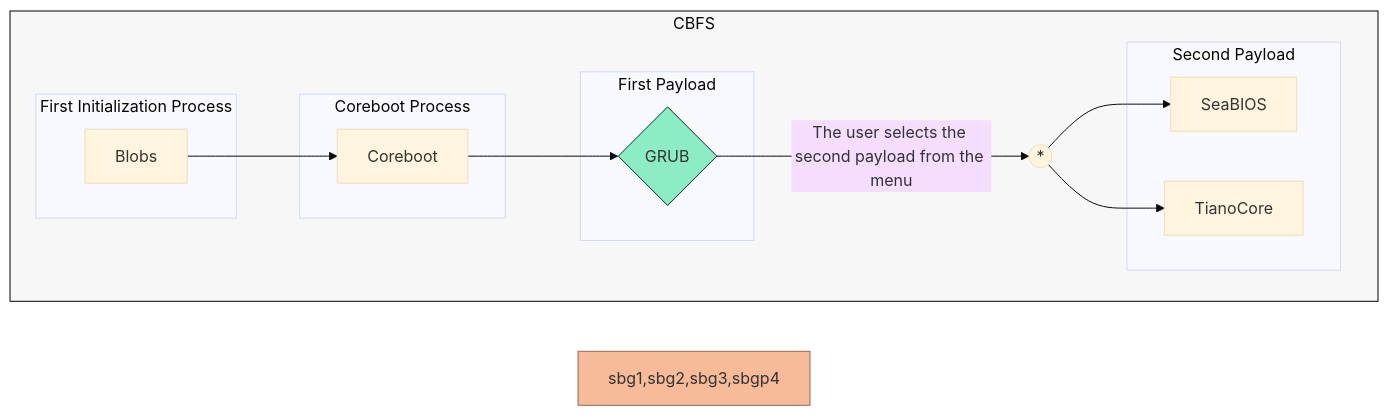
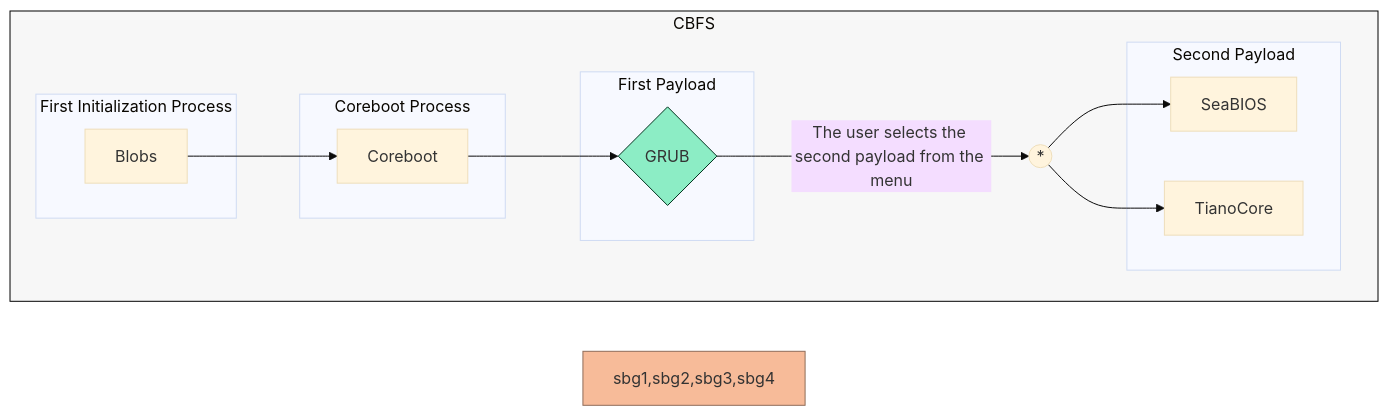
The diagram in README.md (Ch3ckm4t3C1ph3r/Lenovo-Ideapad-320-14ISK-_Coreboot-Adaptation_), drawn with Mermaid (base theme) before and after one commit.

Commit message:
Fix flowchart style definition for sbg4

````diff
--- a/README.md
+++ b/README.md
@@ -104,34 +104,34 @@
 ```mermaid
 flowchart LR;
     %% Definition of style of each element by id
     style cbfs fill:#f7f7f7,stroke:#000000,stroke-width:1px;
     style p1 fill:#8CEDC5,stroke:#00331E,stroke-width:1px
-    style sbg1,sbg2,sbg3,sbgp4 fill:#F7BB99,stroke:#8F6C59,stroke-width:1px
+    style sbg1,sbg2,sbg3,sbg4 fill:#F7BB99,stroke:#8F6C59,stroke-width:1px
     
     subgraph cbfs[CBFS]
         direction LR
 
         %% Not publicly documented boot process
         subgraph sbg1[First Initialization Process]
         Blobs
         end
 
         Blobs --> Coreboot
 
         subgraph sbg2[Coreboot Process]
         Coreboot
         end
     
         Coreboot-->p1{GRUB}
     
         subgraph sbg3[First Payload]
         p1{GRUB}
         end
     
         p1{GRUB}--The user selects the second payload from the menu-->UNION((*))-->p2_1[SeaBIOS] & p2_2[TianoCore]
     
         subgraph sbg4[Second Payload]
         p2_1[SeaBIOS] & p2_2[TianoCore]
         end
     end
 ```
````
